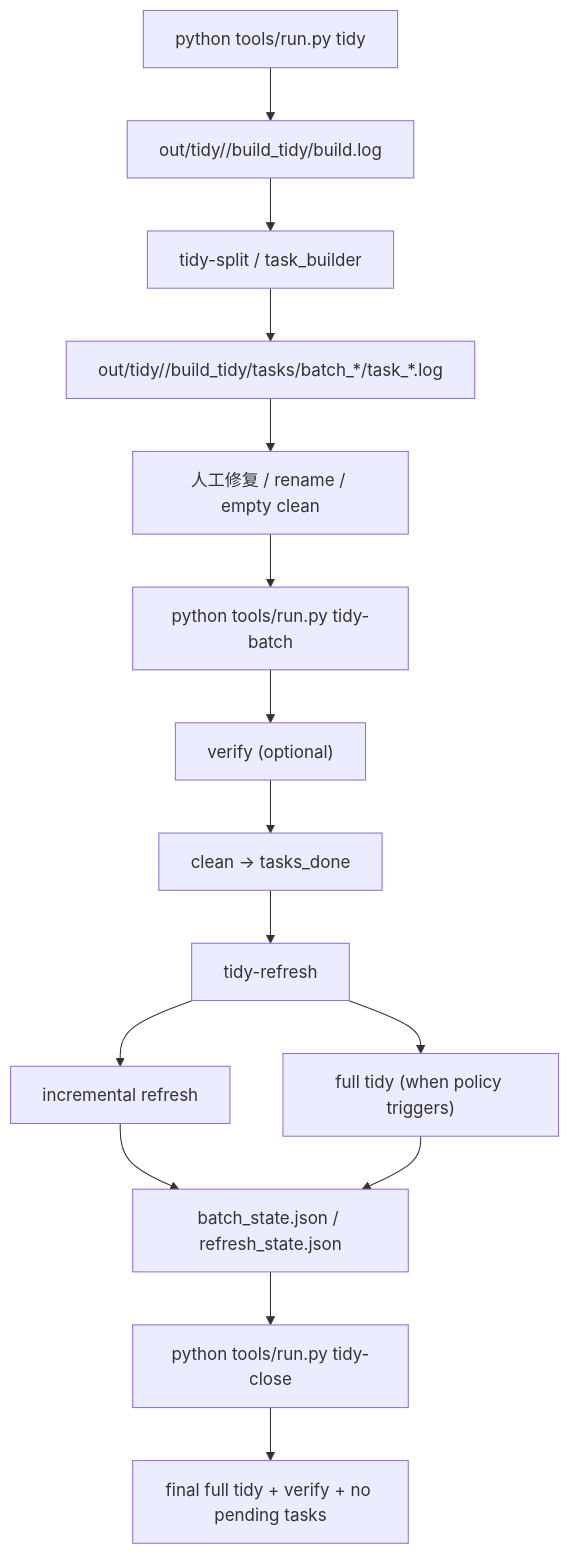
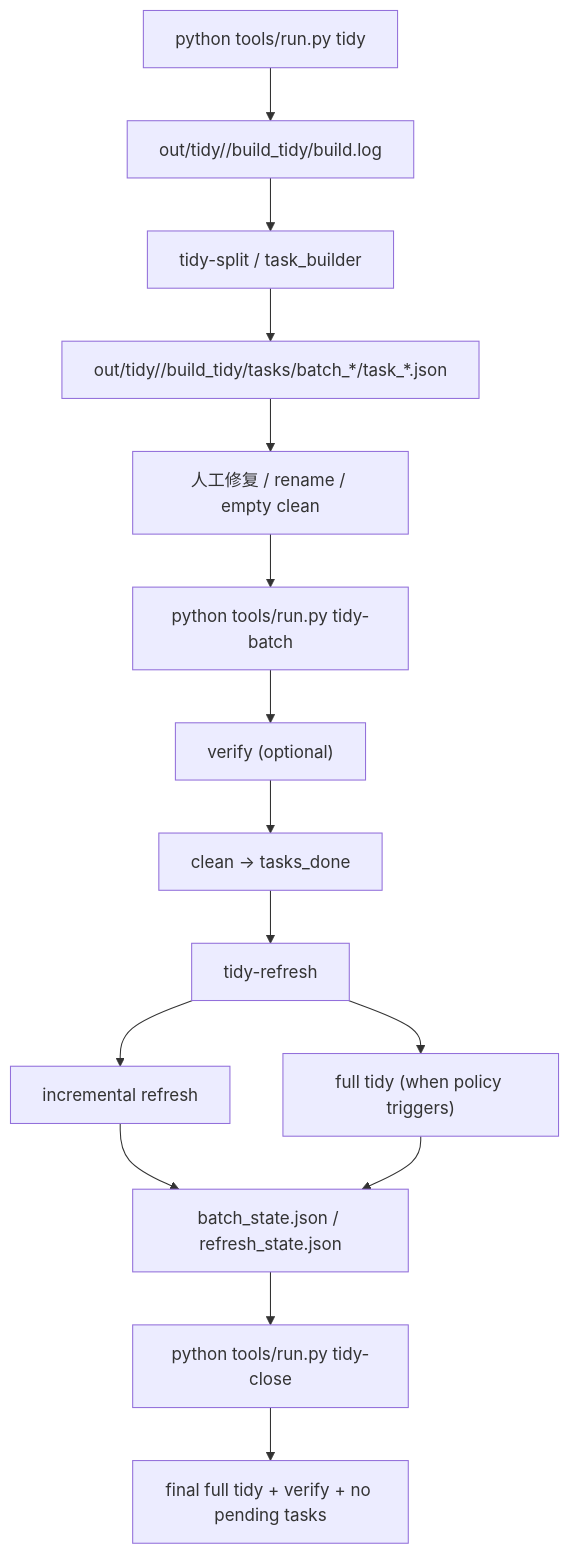
Before and after one commit to camellia2077/time_tracer: the diagram in docs/toolchain/clang_tidy_flow.md, drawn with Mermaid. The commit also changed other lines of this file and 74 other files, not shown here.

````diff
--- a/docs/toolchain/clang_tidy_flow.md
+++ b/docs/toolchain/clang_tidy_flow.md
@@ -26,17 +26,17 @@
 ```mermaid
 flowchart TD
     A["python tools/run.py tidy"] --> B["out/tidy/<app>/build_tidy/build.log"]
     B --> C["tidy-split / task_builder"]
-    C --> D["out/tidy/<app>/build_tidy/tasks/batch_*/task_*.log"]
+    C --> D["out/tidy/<app>/build_tidy/tasks/batch_*/task_*.json"]
     D --> E["人工修复 / rename / empty clean"]
     E --> F["python tools/run.py tidy-batch"]
     F --> G["verify (optional)"]
     G --> H["clean -> tasks_done"]
     H --> I["tidy-refresh"]
     I --> J["incremental refresh"]
     I --> K["full tidy (when policy triggers)"]
     J --> L["batch_state.json / refresh_state.json"]
     K --> L
     L --> M["python tools/run.py tidy-close"]
     M --> N["final full tidy + verify + no pending tasks"]
 ```
````
